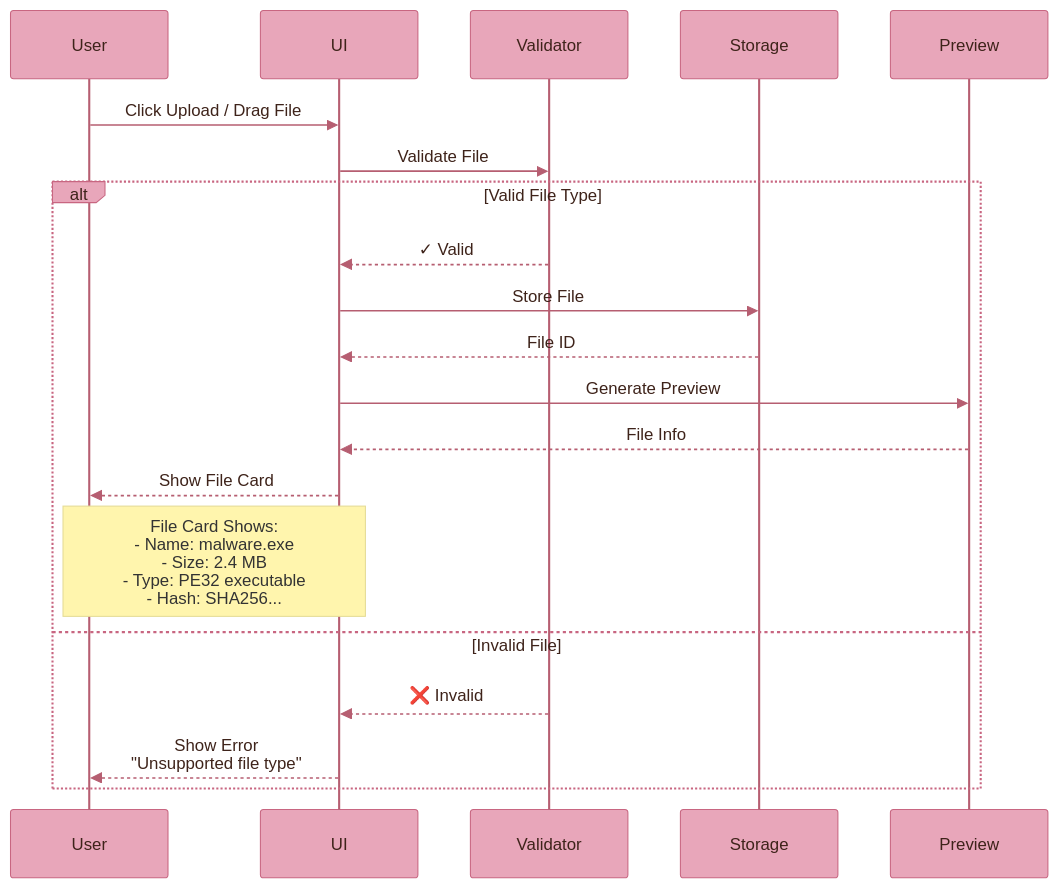
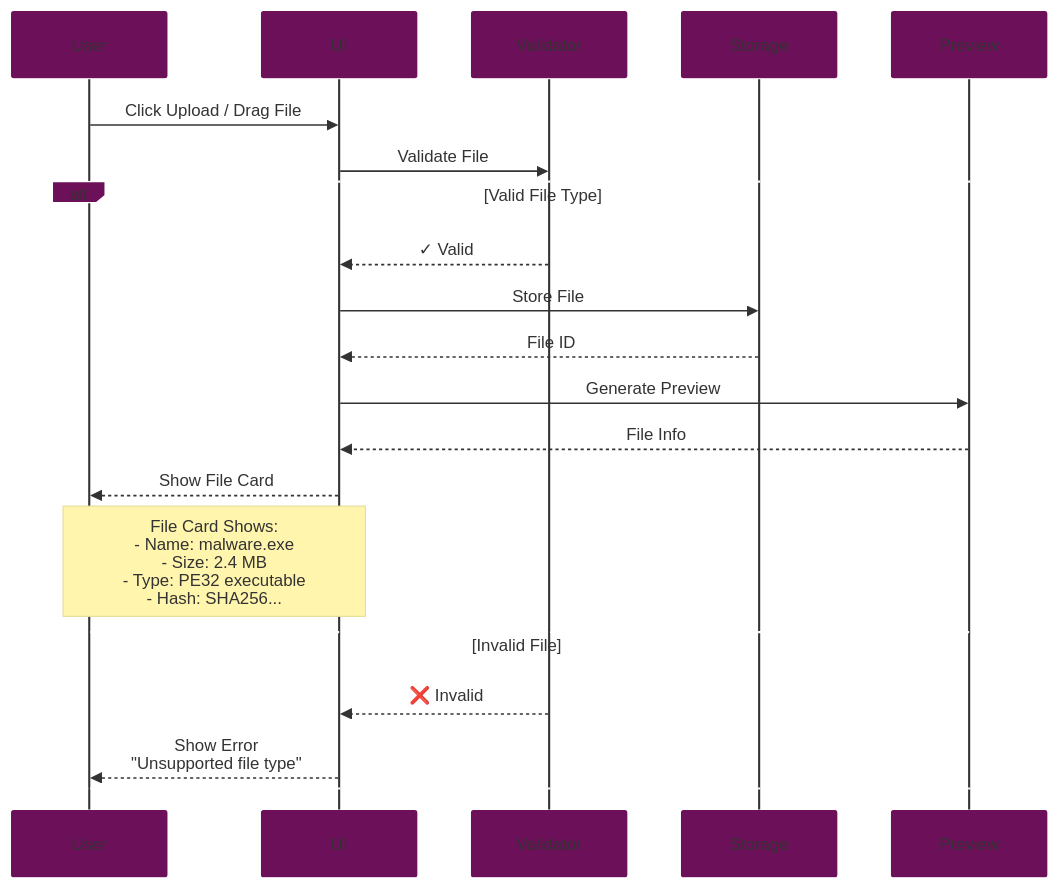
The fourth of 16 diagrams in docs/USER_GUIDE.md (radicalkjax/Athena), drawn with Mermaid before and after one commit. The commit also changed other lines of this file and 27 other files, not shown here.

Commit message:
Introduction of expo package manager. Updated docs to reflect changes. Unified mermaid theme for docs.

````diff
--- a/docs/USER_GUIDE.md
+++ b/docs/USER_GUIDE.md
@@ -391,49 +403,53 @@
 ```mermaid
 %%{init: {
   'theme': 'base',
   'themeVariables': {
-    'primaryColor': '#E8A6BA',
-    'primaryTextColor': '#3E231A',
-    'primaryBorderColor': '#C86681',
-    'lineColor': '#B65E71',
-    'secondaryColor': '#F6BD6B',
-    'tertiaryColor': '#D58C61',
-    'background': '#FFFFFF',
-    'mainBkg': '#E8A6BA',
-    'secondBkg': '#F6BD6B',
-    'tertiaryBkg': '#D58C61',
-    'textColor': '#3E231A',
+    'primaryColor': '#6d105a',
+    'primaryTextColor': '#ffffff',
+    'primaryBorderColor': '#ffffff',
+    'lineColor': '#333333',
+    'secondaryColor': '#e8f4d4',
+    'secondaryTextColor': '#333333',
+    'secondaryBorderColor': '#333333',
+    'tertiaryColor': '#f9d0c4',
+    'tertiaryTextColor': '#333333',
+    'tertiaryBorderColor': '#333333',
+    'background': '#ffffff',
+    'mainBkg': '#6d105a',
+    'secondBkg': '#e8f4d4',
+    'tertiaryBkg': '#f9d0c4',
+    'textColor': '#333333',
     'fontFamily': 'Arial, sans-serif',
-    'sequenceNumberColor': '#3E231A',
-    'actorTextColor': '#3E231A',
-    'actorLineColor': '#B65E71',
-    'signalColor': '#B65E71',
-    'signalTextColor': '#3E231A',
-    'activationBkgColor': '#F6BD6B',
-    'activationBorderColor': '#C86681'
+    'sequenceNumberColor': '#333333',
+    'actorTextColor': '#333333',
+    'actorLineColor': '#333333',
+    'signalColor': '#333333',
+    'signalTextColor': '#333333',
+    'activationBkgColor': '#e8f4d4',
+    'activationBorderColor': '#333333'
   }
 }}%%
 sequenceDiagram
     participant User
     participant UI
     participant Validator
     participant Storage
     participant Preview
     
     User->>UI: Click Upload / Drag File
     UI->>Validator: Validate File
     
     alt Valid File Type
         Validator-->>UI: ✓ Valid
         UI->>Storage: Store File
         Storage-->>UI: File ID
         UI->>Preview: Generate Preview
         Preview-->>UI: File Info
         UI-->>User: Show File Card
         
         Note over User,UI: File Card Shows:<br/>- Name: malware.exe<br/>- Size: 2.4 MB<br/>- Type: PE32 executable<br/>- Hash: SHA256...
     else Invalid File
         Validator-->>UI: ❌ Invalid
         UI-->>User: Show Error<br/>"Unsupported file type"
     end
 ```
````
